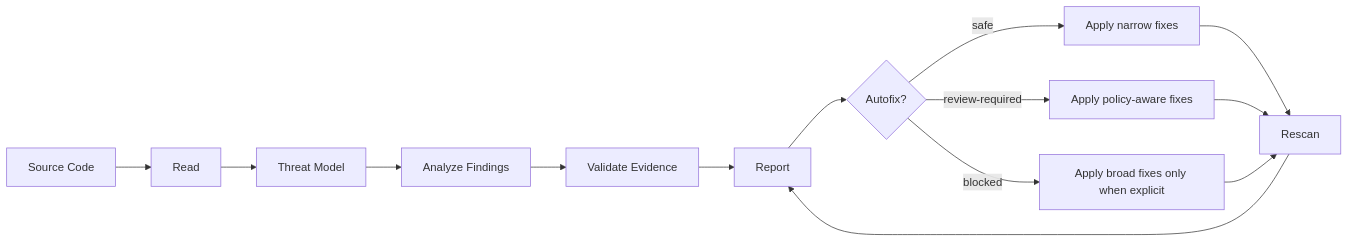
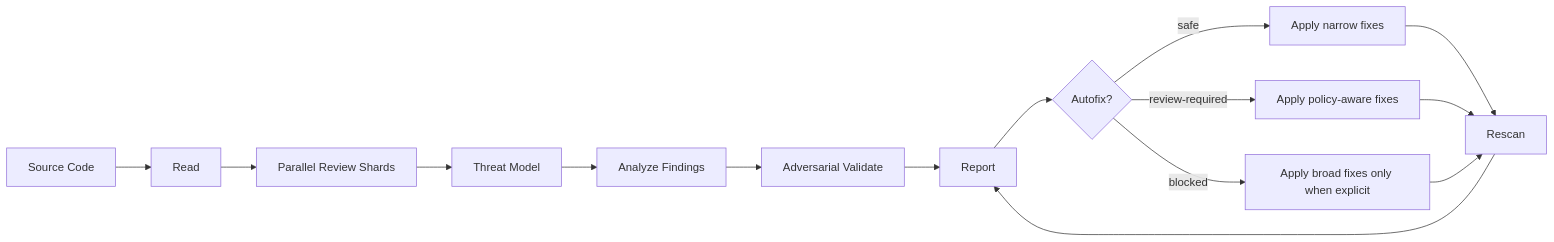
The diagram in README.md (ilous12/presecurity), drawn with Mermaid before and after one commit. The commit also changed other lines of this file and 5 other files, not shown here.

````diff
--- a/README.md
+++ b/README.md
@@ -79,16 +81,17 @@
 ```mermaid
 flowchart LR
   A["Source Code"] --> B["Read"]
-  B --> C["Threat Model"]
-  C --> D["Analyze Findings"]
-  D --> E["Validate Evidence"]
-  E --> F["Report"]
-  F --> G{"Autofix?"}
-  G -->|"safe"| H["Apply narrow fixes"]
-  G -->|"review-required"| I["Apply policy-aware fixes"]
-  G -->|"blocked"| J["Apply broad fixes only when explicit"]
-  H --> K["Rescan"]
-  I --> K
-  J --> K
-  K --> F
+  B --> C["Parallel Review Shards"]
+  C --> D["Threat Model"]
+  D --> E["Analyze Findings"]
+  E --> F["Adversarial Validate"]
+  F --> G["Report"]
+  G --> H{"Autofix?"}
+  H -->|"safe"| I["Apply narrow fixes"]
+  H -->|"review-required"| J["Apply policy-aware fixes"]
+  H -->|"blocked"| K["Apply broad fixes only when explicit"]
+  I --> L["Rescan"]
+  J --> L
+  K --> L
+  L --> G
 ```
````
